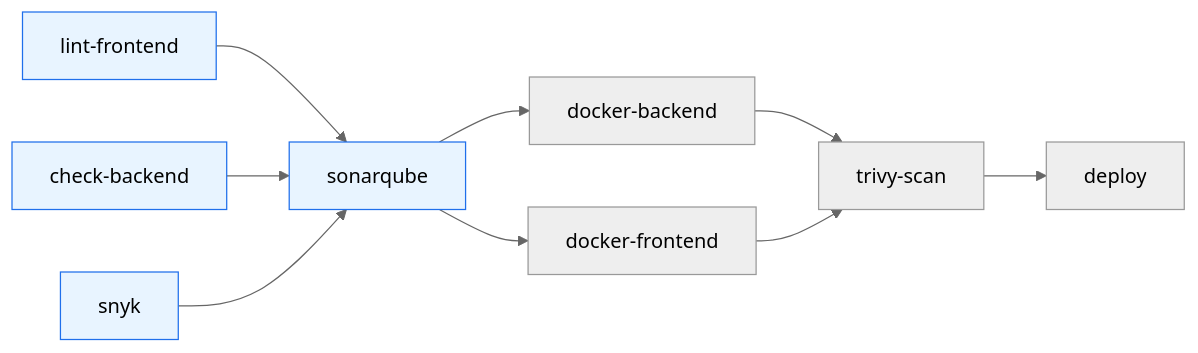
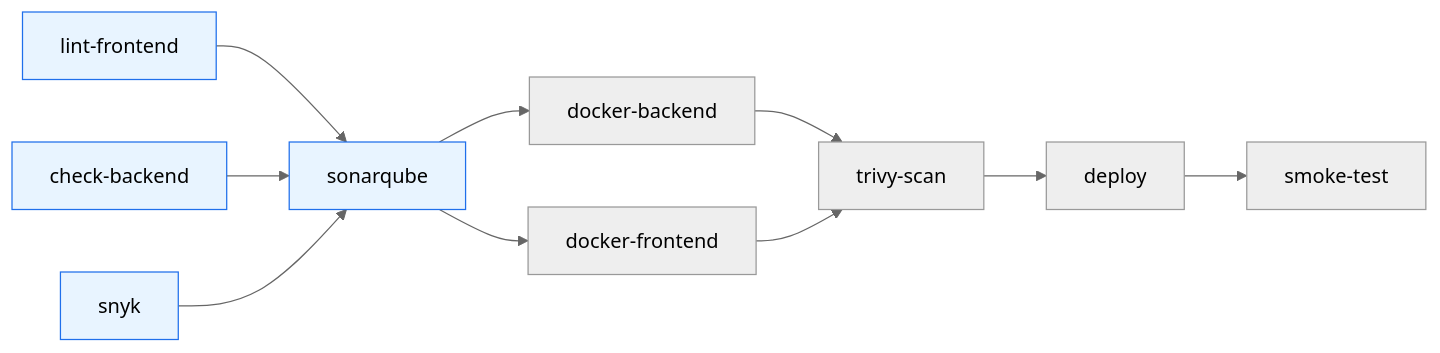
The diagram in README.md (benmassaoudlazher789-creator/APP-E-Commerce), drawn with Mermaid (neutral theme) before and after one commit. The commit also changed other lines of this file and 5 other files, not shown here.

Commit message:
feat: add /api/health endpoint and post-deploy smoke test

````diff
--- a/README.md
+++ b/README.md
@@ -262,14 +262,15 @@
 ```mermaid
 flowchart LR
     A[lint-frontend] --> D[sonarqube]
     B[check-backend] --> D
     C[snyk] --> D
     D --> E[docker-backend]
     D --> F[docker-frontend]
     E --> G[trivy-scan]
     F --> G
     G --> H[deploy]
+    H --> I[smoke-test]
 
     classDef pr fill:#e8f4ff,stroke:#1f6feb
     class A,B,C,D pr
 ```
````
